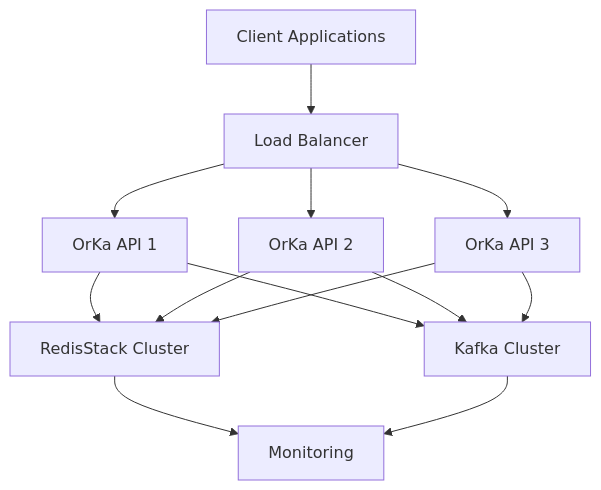
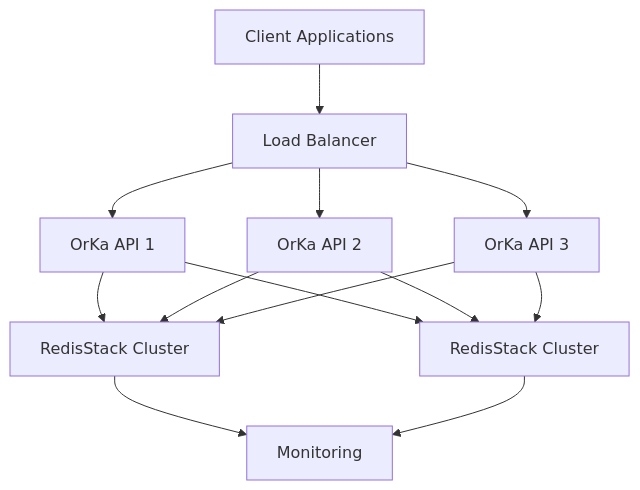
Before and after one commit to marcosomma/orka-reasoning: the diagram in docs/best-practices.md, drawn with Mermaid. The commit also changed other lines of this file and 86 other files, not shown here.

````diff
--- a/docs/best-practices.md
+++ b/docs/best-practices.md
@@ -20,15 +20,15 @@
 ```mermaid
 graph TD
     A[Client Applications] --> B[Load Balancer]
     B --> C1[OrKa API 1]
     B --> C2[OrKa API 2]
     B --> C3[OrKa API 3]
     C1 --> D[RedisStack Cluster]
     C2 --> D
     C3 --> D
-    C1 --> E[Kafka Cluster]
+    C1 --> E[RedisStack Cluster]
     C2 --> E
     C3 --> E
     D --> F[Monitoring]
     E --> F
 ```
````
